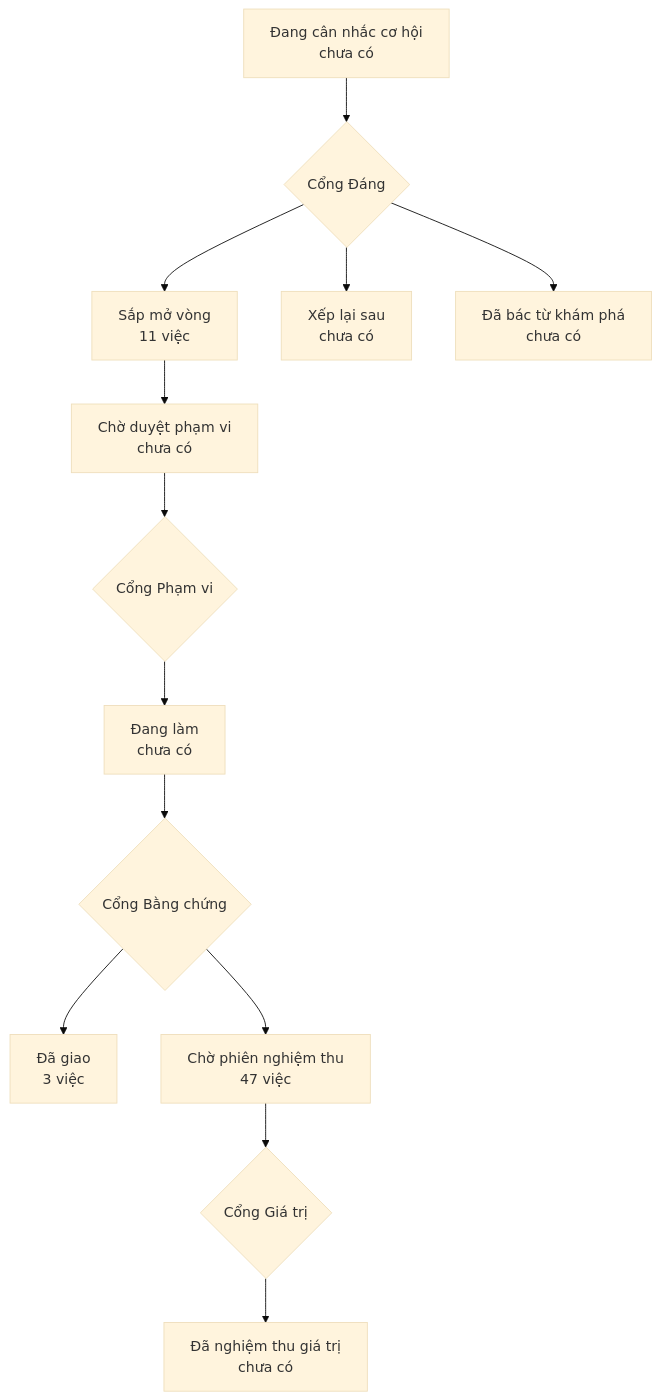
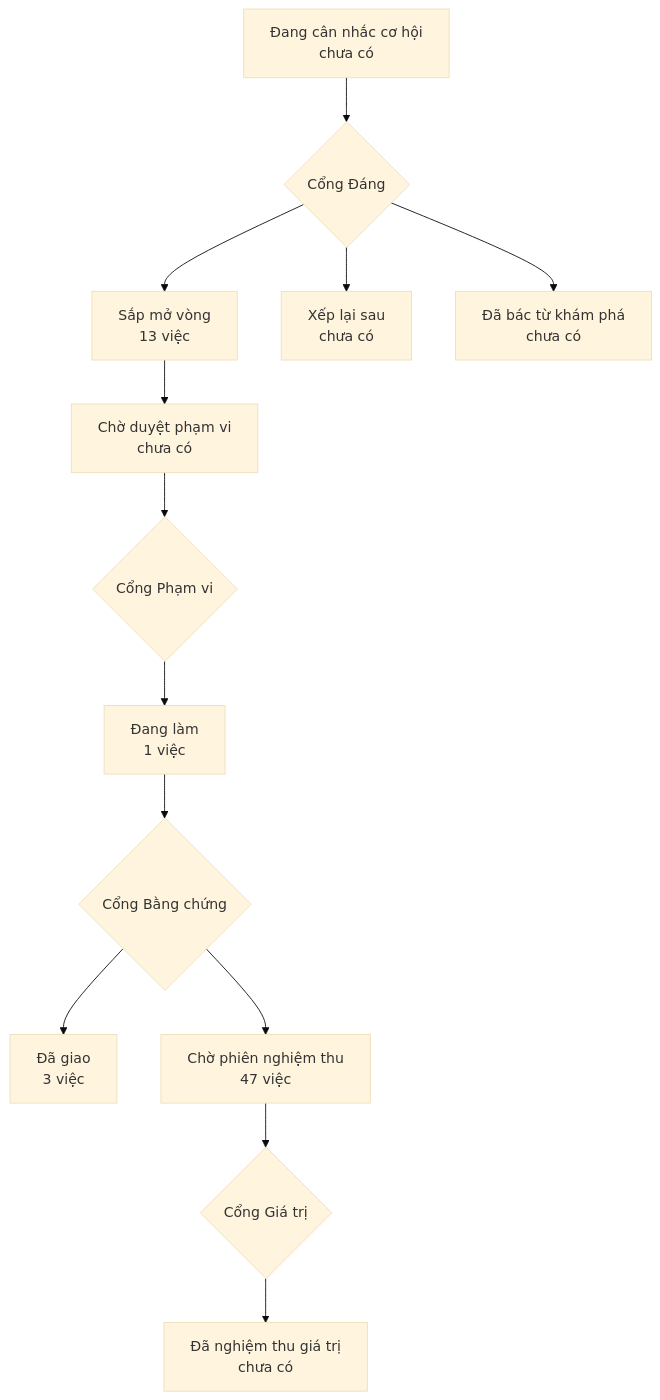
Before and after one commit to phanlemanh/onehub-inventory: the diagram in PRODUCT-MAP.md, drawn with Mermaid (base theme). The commit also changed other lines of this file and 4 other files, not shown here.

````diff
--- a/PRODUCT-MAP.md
+++ b/PRODUCT-MAP.md
@@ -7,12 +7,12 @@
 ```mermaid
 flowchart TD
   A["Đang cân nhắc cơ hội<br/>chưa có"] --> GD{"Cổng Đáng"}
-  GD --> B["Sắp mở vòng<br/>11 việc"]
+  GD --> B["Sắp mở vòng<br/>13 việc"]
   GD --> XL["Xếp lại sau<br/>chưa có"]
   GD --> DB["Đã bác từ khám phá<br/>chưa có"]
   B --> CD["Chờ duyệt phạm vi<br/>chưa có"] --> GP{"Cổng Phạm vi"}
-  GP --> DL["Đang làm<br/>chưa có"] --> GB{"Cổng Bằng chứng"}
+  GP --> DL["Đang làm<br/>1 việc"] --> GB{"Cổng Bằng chứng"}
   GB --> DG["Đã giao<br/>3 việc"]
   GB --> CN["Chờ phiên nghiệm thu<br/>47 việc"] --> GG{"Cổng Giá trị"}
   GG --> NT["Đã nghiệm thu giá trị<br/>chưa có"]
 ```
````
